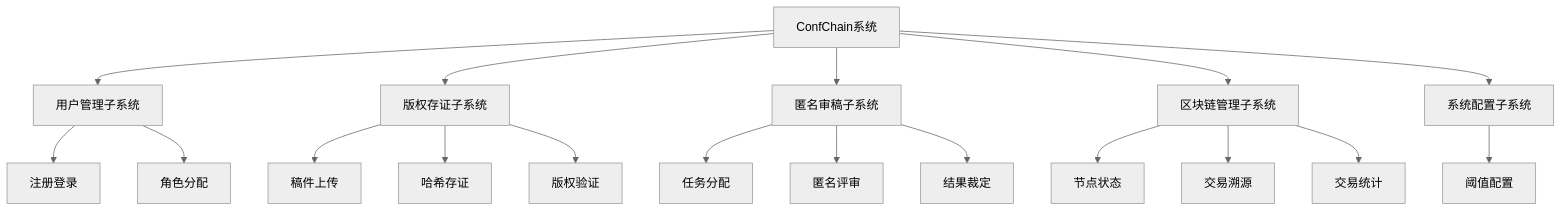
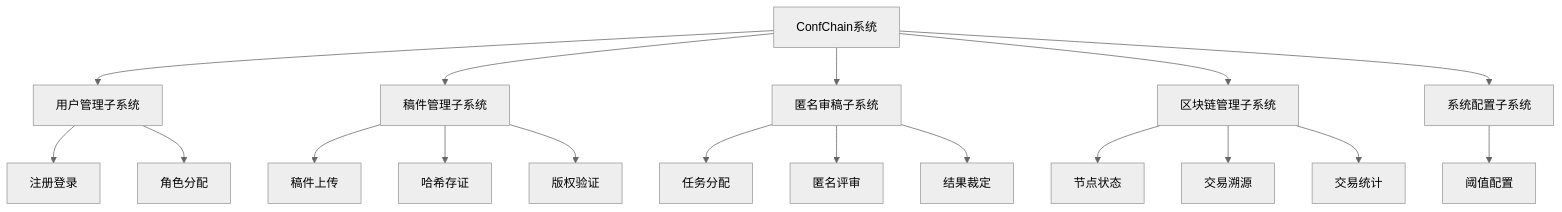
The first of 13 diagrams in docs/概要设计说明书.md (fs36/ConfChain), drawn with Mermaid (neutral theme) before and after one commit. The commit also changed other lines of this file and 3 other files, not shown here.

````diff
--- a/docs/概要设计说明书.md
+++ b/docs/概要设计说明书.md
@@ -155,26 +149,26 @@
 ```mermaid
 flowchart TD
   SYS[ConfChain系统]
   SYS --> SYS1[用户管理子系统]
-  SYS --> SYS2[版权存证子系统]
+  SYS --> SYS2[稿件管理子系统]
   SYS --> SYS3[匿名审稿子系统]
   SYS --> SYS4[区块链管理子系统]
   SYS --> SYS5[系统配置子系统]
 
   SYS1 --> F11[注册登录]
   SYS1 --> F12[角色分配]
 
   SYS2 --> F21[稿件上传]
   SYS2 --> F22[哈希存证]
   SYS2 --> F23[版权验证]
 
   SYS3 --> F31[任务分配]
   SYS3 --> F32[匿名评审]
   SYS3 --> F33[结果裁定]
 
   SYS4 --> F41[节点状态]
   SYS4 --> F42[交易溯源]
   SYS4 --> F43[交易统计]
 
   SYS5 --> F51[阈值配置]
 ```
````
